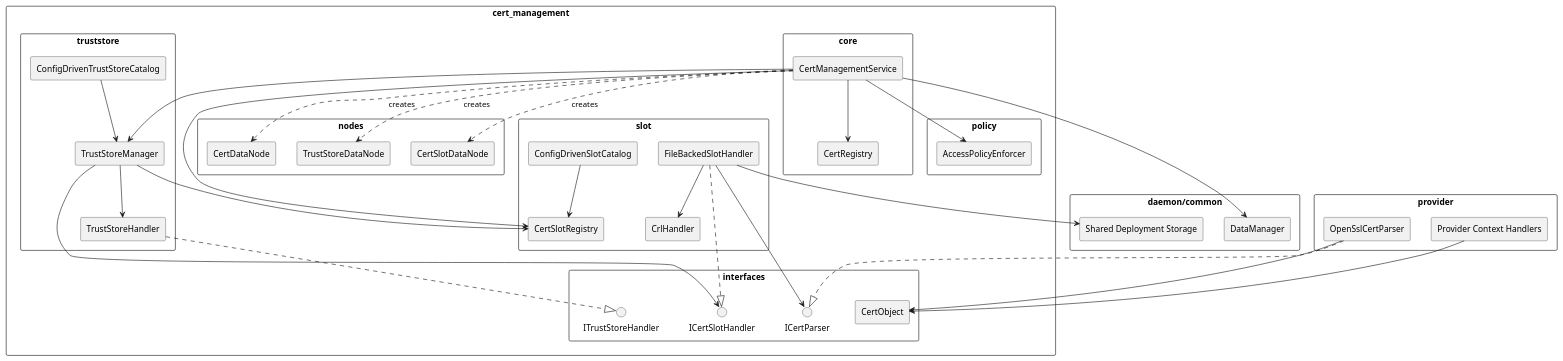
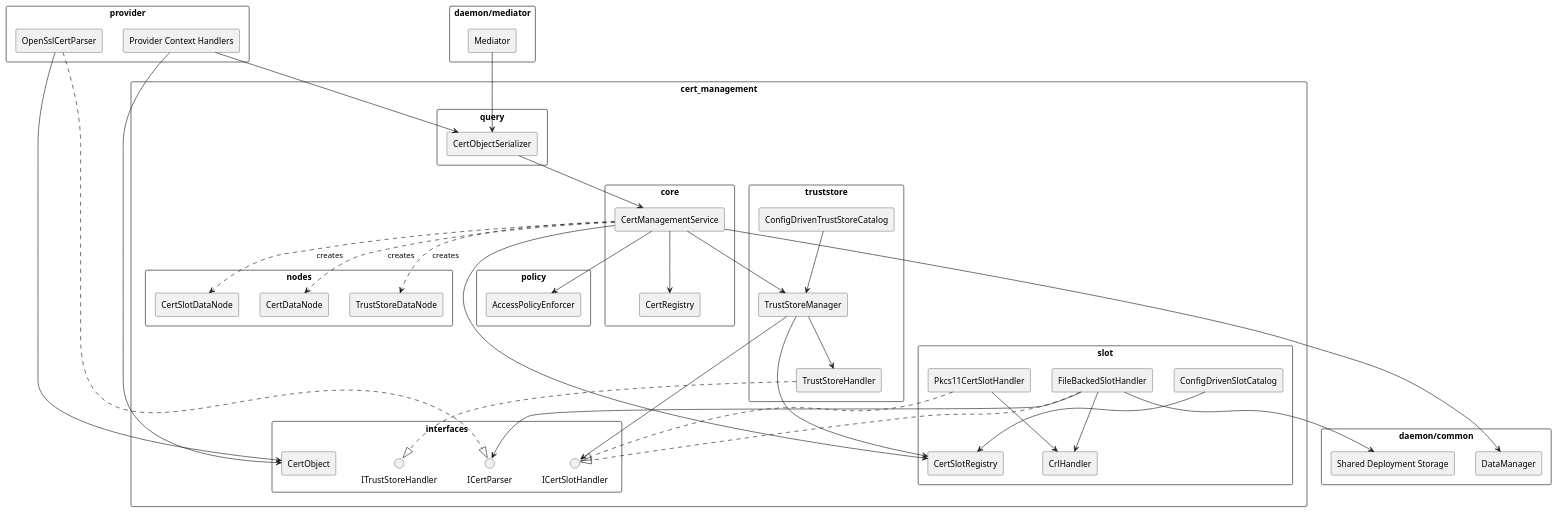
One commit to eclipse-score/inc_security_crypto changed the diagram in score/crypto/src/daemon/cert_management/docs/architecture/cert_management_static.puml. Above: the diagram before and after it, drawn with PlantUML. The commit also changed 42 other files, not shown here.

```diff
--- a/score/crypto/src/daemon/cert_management/docs/architecture/cert_management_static.puml
+++ b/score/crypto/src/daemon/cert_management/docs/architecture/cert_management_static.puml
@@ -14,70 +14,83 @@
 @startuml
 skinparam componentStyle rectangle
 skinparam packageStyle rectangle
 
 package "cert_management" {
   package "core" {
     [CertManagementService]
     [CertRegistry]
   }
   package "interfaces" {
     interface ICertSlotHandler
     interface ITrustStoreHandler
     interface ICertParser
     [CertObject]
   }
   package "nodes" {
     [CertSlotDataNode]
     [CertDataNode]
     [TrustStoreDataNode]
   }
   package "slot" {
     [CertSlotRegistry]
     [ConfigDrivenSlotCatalog]
     [FileBackedSlotHandler]
+    [Pkcs11CertSlotHandler]
     [CrlHandler]
   }
   package "truststore" {
     [TrustStoreManager]
     [TrustStoreHandler]
     [ConfigDrivenTrustStoreCatalog]
   }
   package "policy" {
     [AccessPolicyEnforcer]
+  }
+  package "query" {
+    [CertObjectSerializer]
   }
 }
 
 package "daemon/common" {
   [DataManager]
   [Shared Deployment Storage]
 }
 
 package "provider" {
   [OpenSslCertParser]
   [Provider Context Handlers]
+}
+
+package "daemon/mediator" {
+  [Mediator]
 }
 
 [CertManagementService] --> [CertRegistry]
 [CertManagementService] --> [CertSlotRegistry]
 [CertManagementService] --> [TrustStoreManager]
 [CertManagementService] --> [DataManager]
 [CertManagementService] --> [AccessPolicyEnforcer]
 [CertManagementService] ..> [CertSlotDataNode] : creates
 [CertManagementService] ..> [CertDataNode] : creates
 [CertManagementService] ..> [TrustStoreDataNode] : creates
 
 [ConfigDrivenSlotCatalog] --> [CertSlotRegistry]
 [ConfigDrivenTrustStoreCatalog] --> [TrustStoreManager]
 [TrustStoreManager] --> [CertSlotRegistry]
 [TrustStoreManager] --> [TrustStoreHandler]
 [TrustStoreManager] --> ICertSlotHandler
 [TrustStoreHandler] ..|> ITrustStoreHandler
 [FileBackedSlotHandler] ..|> ICertSlotHandler
 [FileBackedSlotHandler] --> [CrlHandler]
 [FileBackedSlotHandler] --> ICertParser
 [FileBackedSlotHandler] --> [Shared Deployment Storage]
+[Pkcs11CertSlotHandler] ..|> ICertSlotHandler
+[Pkcs11CertSlotHandler] --> [CrlHandler]
 [OpenSslCertParser] ..|> ICertParser
 [OpenSslCertParser] --> [CertObject]
 [Provider Context Handlers] --> [CertObject]
+[CertObjectSerializer] --> [CertManagementService]
+[Provider Context Handlers] --> [CertObjectSerializer]
+[Mediator] --> [CertObjectSerializer]
 
 @enduml
```
